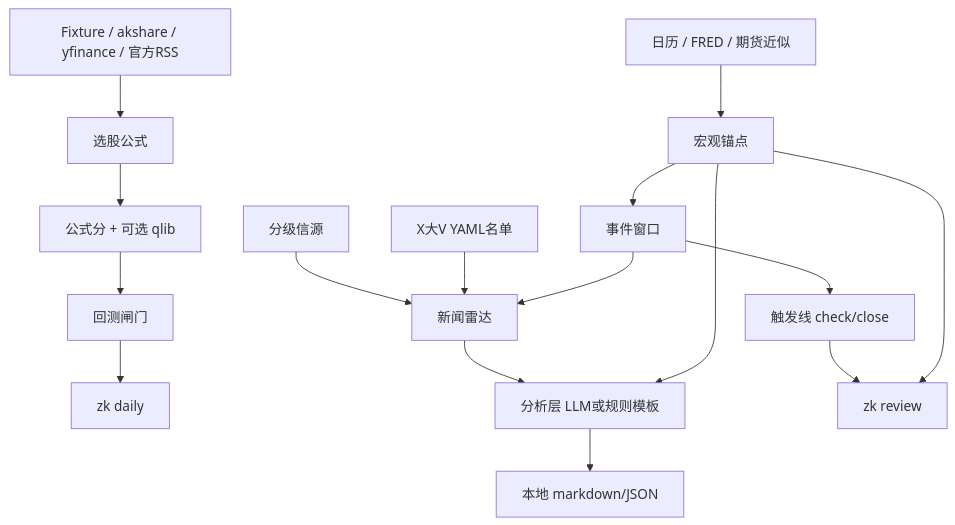
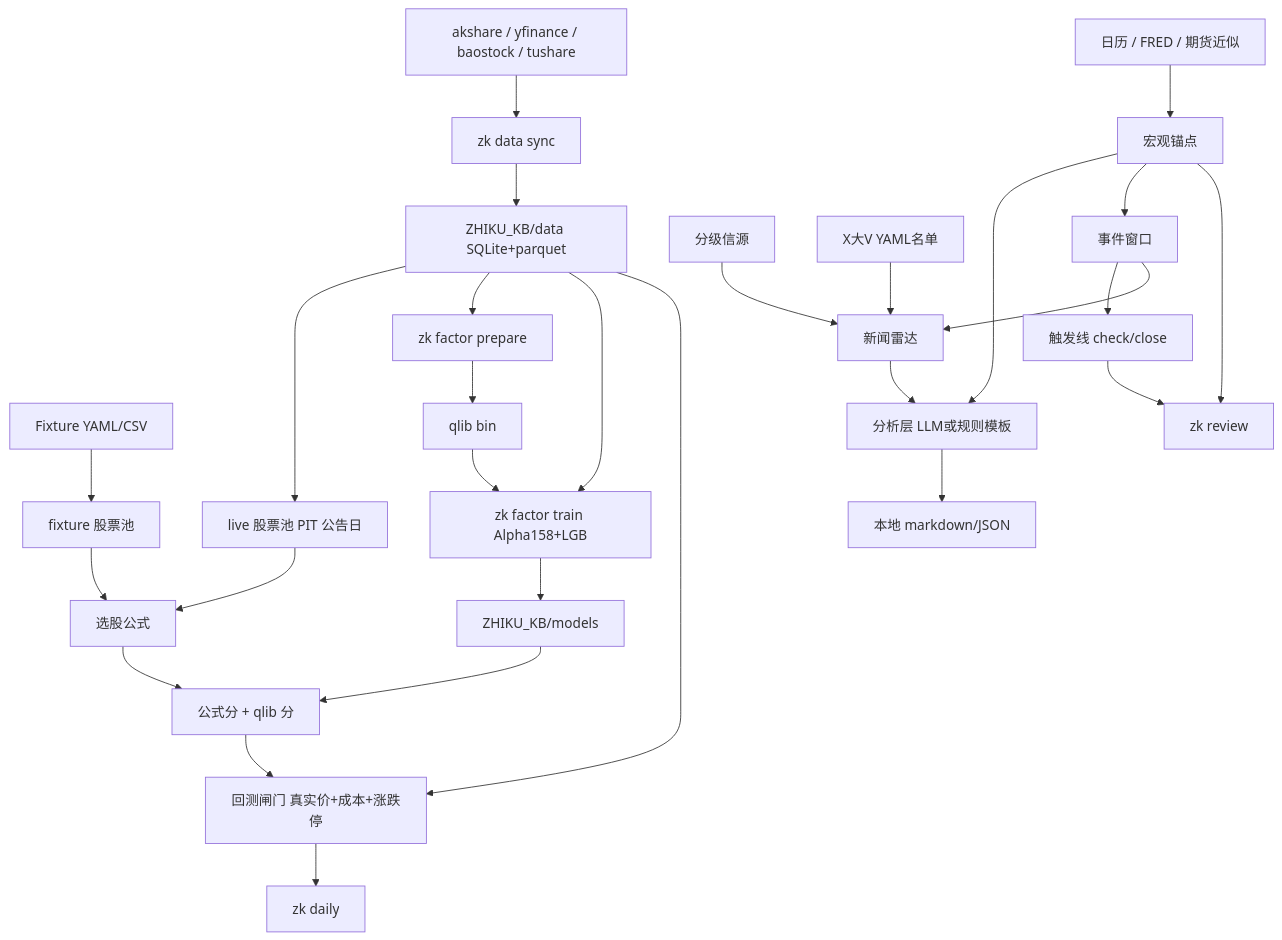
One commit to TTtian1998/invest-agents changed the diagram in docs/ARCHITECTURE.md. Above: the diagram before and after it, drawn with Mermaid. The commit also changed other lines of this file and 26 other files, not shown here.

````diff
--- a/docs/ARCHITECTURE.md
+++ b/docs/ARCHITECTURE.md
@@ -5,18 +5,30 @@
 ```mermaid
 flowchart TD
-  fixtures[Fixture / akshare / yfinance / 官方RSS] --> screens[选股公式]
-  screens --> merge[公式分 + 可选 qlib]
-  merge --> backtest[回测闸门]
+  ak[akshare / yfinance / baostock / tushare] --> sync[zk data sync]
+  sync --> store[ZHIKU_KB/data SQLite+parquet]
+  store --> liveUni[live 股票池 PIT 公告日]
+  fixtures[Fixture YAML/CSV] --> fixUni[fixture 股票池]
+  liveUni --> screens[选股公式]
+  fixUni --> screens
+  store --> prepare[zk factor prepare]
+  prepare --> qlibDir[qlib bin]
+  qlibDir --> train[zk factor train Alpha158+LGB]
+  store --> train
+  train --> models[ZHIKU_KB/models]
+  models --> merge[公式分 + qlib 分]
+  screens --> merge
+  store --> backtest[回测闸门 真实价+成本+涨跌停]
+  merge --> backtest
   backtest --> daily[zk daily]
   newsSrc[分级信源] --> news[新闻雷达]
   xWatch[X大V YAML名单] --> news
   macroSrc[日历 / FRED / 期货近似] --> macro[宏观锚点]
   news --> analyze[分析层 LLM或规则模板]
   macro --> analyze
   analyze --> reports[本地 markdown/JSON]
   macro --> windows[事件窗口]
   windows --> triggers[触发线 check/close]
   windows --> news
   triggers --> hitrate[zk review]
   macro --> hitrate
 ```
````
